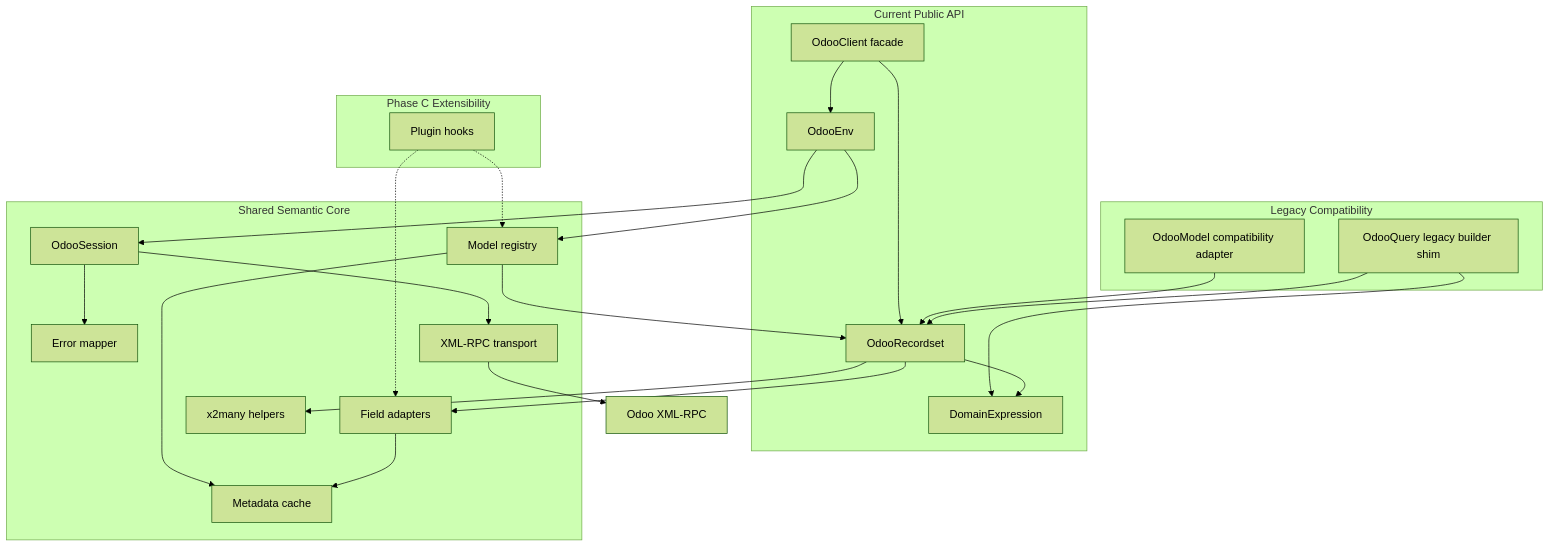
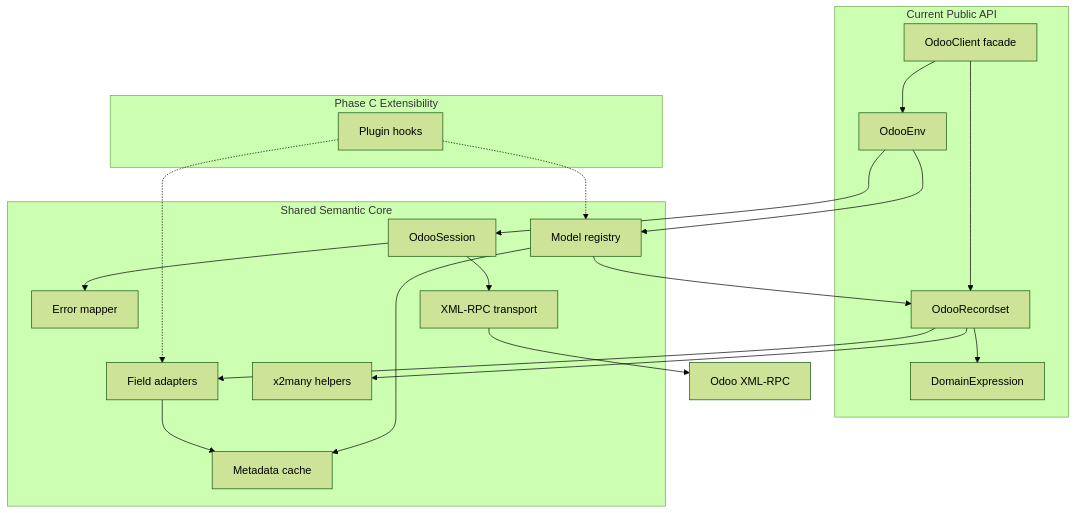
One commit to Crpaxton4/devcontainer-features changed the second of 6 diagrams in docs/odoo-sdk-architecture-plan.md. Above: the diagram before and after it, drawn with Mermaid (forest theme). The commit also changed other lines of this file and 11 other files, not shown here.

````diff
--- a/docs/odoo-sdk-architecture-plan.md
+++ b/docs/odoo-sdk-architecture-plan.md
@@ -195,47 +195,39 @@
 ```mermaid
 graph TD
     subgraph PublicAPI["Current Public API"]
         Client["OdooClient facade"]
         Env["OdooEnv"]
         Recordset["OdooRecordset"]
         Domain["DomainExpression"]
-    end
-
-    subgraph Compatibility["Legacy Compatibility"]
-        Model["OdooModel compatibility adapter"]
-        Query["OdooQuery legacy builder shim"]
     end
 
     subgraph Core["Shared Semantic Core"]
         ModelRegistry["Model registry"]
         MetadataCache["Metadata cache"]
         FieldAdapters["Field adapters"]
         X2Many["x2many helpers"]
         ErrorMapper["Error mapper"]
         Session["OdooSession"]
         Transport["XML-RPC transport"]
     end
 
     subgraph PhaseCExtensibility["Phase C Extensibility"]
         PluginHooks["Plugin hooks"]
     end
 
     Client --> Env
     Client --> Recordset
-    Model --> Recordset
-    Query --> Domain
-    Query --> Recordset
     Env --> ModelRegistry
     ModelRegistry --> Recordset
     Recordset --> Domain
     Recordset --> FieldAdapters
     Recordset --> X2Many
     ModelRegistry --> MetadataCache
     FieldAdapters --> MetadataCache
     Env --> Session
     Session --> Transport
     Session --> ErrorMapper
     PluginHooks -.-> FieldAdapters
     PluginHooks -.-> ModelRegistry
     Transport --> Odoo["Odoo XML-RPC"]
 ```
````
